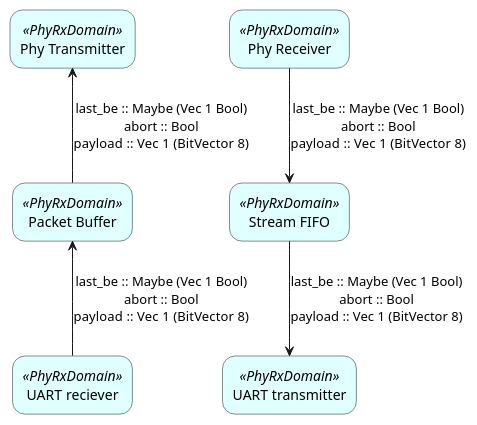
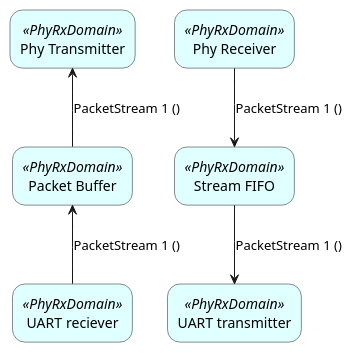
Before and after one commit to GiPHouse/qbaylogic-clash-based-macipudp-stack-spring24: the diagram in diagram/uart-eth.puml, drawn with PlantUML.

Commit message:
diagrams: update uart-eth to reflect our PacketStream protocol

```diff
--- a/diagram/uart-eth.puml
+++ b/diagram/uart-eth.puml
@@ -1,20 +1,20 @@
 @startuml
 skinparam rectangle<<PhyRxDomain>> {
 	roundCorner 25
 	backgroundColor LightCyan
 }
 
 
 rectangle "Phy Receiver" as PhyRx <<PhyRxDomain>>
 rectangle "Phy Transmitter" as PhyTx <<PhyRxDomain>>
 rectangle "Stream FIFO" as StreamFIFO <<PhyRxDomain>>
 rectangle "Packet Buffer" as PacketBuf <<PhyRxDomain>>
 rectangle "UART transmitter" as UARTTx <<PhyRxDomain>>
 rectangle "UART reciever" as UARTRx <<PhyRxDomain>>
 
-PhyRx -down-> StreamFIFO : last_be :: Maybe (Vec 1 Bool)\nabort :: Bool\npayload ::  Vec 1 (BitVector 8)
-StreamFIFO -down-> UARTTx : last_be :: Maybe (Vec 1 Bool)\nabort :: Bool\npayload :: Vec 1 (BitVector 8)
+PhyRx -down-> StreamFIFO : PacketStream 1 ()
+StreamFIFO -down-> UARTTx : PacketStream 1 ()
 
-UARTRx -up-> PacketBuf : last_be :: Maybe (Vec 1 Bool)\nabort :: Bool\npayload ::  Vec 1 (BitVector 8)
-PacketBuf -up-> PhyTx : last_be :: Maybe (Vec 1 Bool)\nabort :: Bool\npayload ::  Vec 1 (BitVector 8)
+UARTRx -up-> PacketBuf :PacketStream 1 ()
+PacketBuf -up-> PhyTx : PacketStream 1 ()
 @enduml
```
